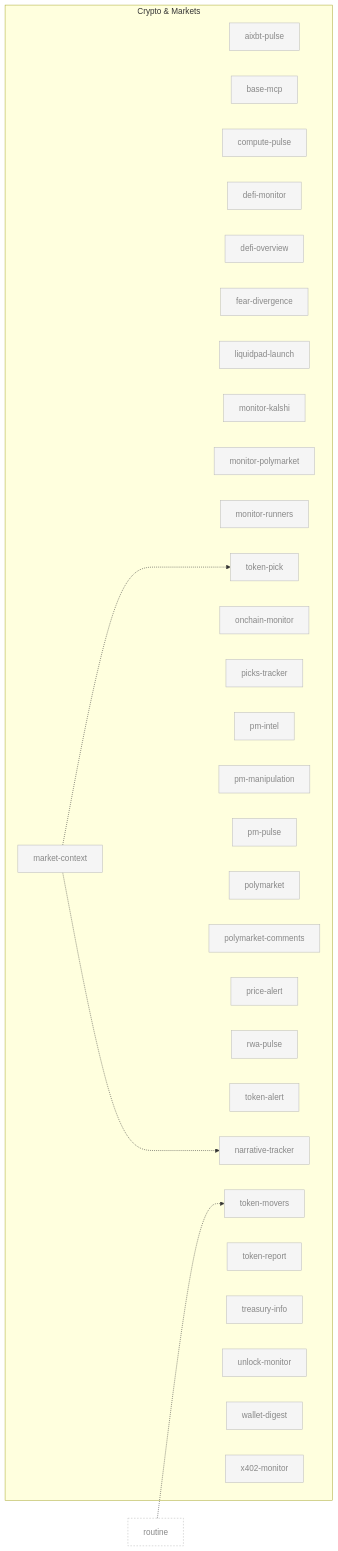
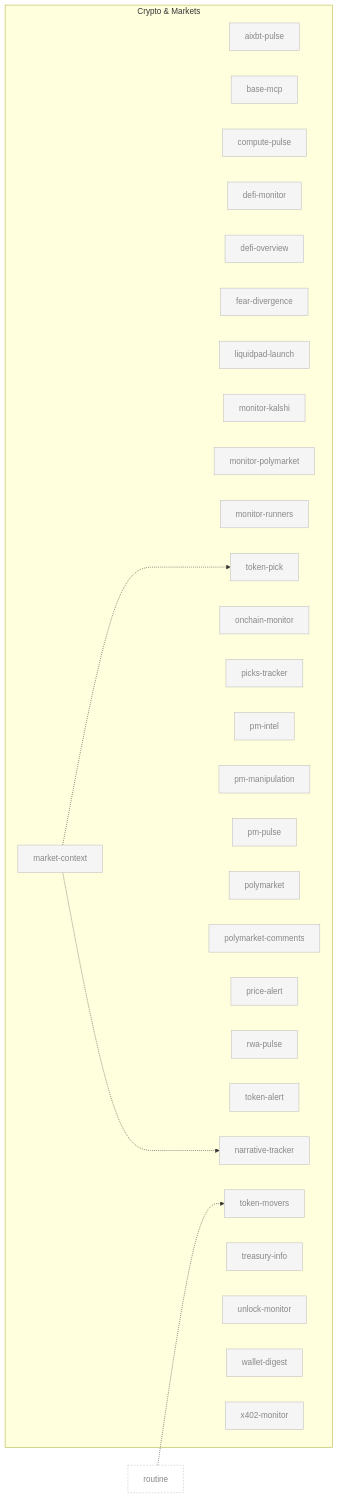
The sixth of 10 diagrams in docs/skill-graph.md (aeonfun/aeon), drawn with Mermaid before and after one commit. The commit also changed 8 other files, not shown here.

First line of the commit message:
chore: remove dangling references to the deleted token-report skill

````diff
--- a/docs/skill-graph.md
+++ b/docs/skill-graph.md
@@ -336,74 +336,72 @@
 ```mermaid
 flowchart LR
     subgraph crypto ["Crypto & Markets"]
         aixbt-pulse[aixbt-pulse]
         base-mcp[base-mcp]
         compute-pulse[compute-pulse]
         defi-monitor[defi-monitor]
         defi-overview[defi-overview]
         fear-divergence[fear-divergence]
         liquidpad-launch[liquidpad-launch]
         market-context[market-context]
         monitor-kalshi[monitor-kalshi]
         monitor-polymarket[monitor-polymarket]
         monitor-runners[monitor-runners]
         narrative-tracker[narrative-tracker]
         onchain-monitor[onchain-monitor]
         picks-tracker[picks-tracker]
         pm-intel[pm-intel]
         pm-manipulation[pm-manipulation]
         pm-pulse[pm-pulse]
         polymarket[polymarket]
         polymarket-comments[polymarket-comments]
         price-alert[price-alert]
         rwa-pulse[rwa-pulse]
         token-alert[token-alert]
         token-movers[token-movers]
         token-pick[token-pick]
-        token-report[token-report]
         treasury-info[treasury-info]
         unlock-monitor[unlock-monitor]
         wallet-digest[wallet-digest]
         x402-monitor[x402-monitor]
     end
 
     routine[routine]:::external
 
     routine -.-> token-movers
     market-context -..-> token-pick
     market-context -..-> narrative-tracker
 
     classDef default fill:#f5f5f5,stroke:#bbb,color:#888
     classDef enabled fill:#fff,stroke:#000,stroke-width:2px,color:#000
     classDef external fill:none,stroke:#bbb,stroke-dasharray:3 3,color:#888
     click aixbt-pulse "../skills/aixbt-pulse/SKILL.md"
     click base-mcp "../skills/base-mcp/SKILL.md"
     click compute-pulse "../skills/compute-pulse/SKILL.md"
     click defi-monitor "../skills/defi-monitor/SKILL.md"
     click defi-overview "../skills/defi-overview/SKILL.md"
     click fear-divergence "../skills/fear-divergence/SKILL.md"
     click liquidpad-launch "../skills/liquidpad-launch/SKILL.md"
     click market-context "../skills/market-context/SKILL.md"
     click monitor-kalshi "../skills/monitor-kalshi/SKILL.md"
     click monitor-polymarket "../skills/monitor-polymarket/SKILL.md"
     click monitor-runners "../skills/monitor-runners/SKILL.md"
     click narrative-tracker "../skills/narrative-tracker/SKILL.md"
     click onchain-monitor "../skills/onchain-monitor/SKILL.md"
     click picks-tracker "../skills/picks-tracker/SKILL.md"
     click pm-intel "../skills/pm-intel/SKILL.md"
     click pm-manipulation "../skills/pm-manipulation/SKILL.md"
     click pm-pulse "../skills/pm-pulse/SKILL.md"
     click polymarket "../skills/polymarket/SKILL.md"
     click polymarket-comments "../skills/polymarket-comments/SKILL.md"
     click price-alert "../skills/price-alert/SKILL.md"
     click rwa-pulse "../skills/rwa-pulse/SKILL.md"
     click token-alert "../skills/token-alert/SKILL.md"
     click token-movers "../skills/token-movers/SKILL.md"
     click token-pick "../skills/token-pick/SKILL.md"
-    click token-report "../skills/token-report/SKILL.md"
     click treasury-info "../skills/treasury-info/SKILL.md"
     click unlock-monitor "../skills/unlock-monitor/SKILL.md"
     click wallet-digest "../skills/wallet-digest/SKILL.md"
     click x402-monitor "../skills/x402-monitor/SKILL.md"
     click routine "../skills/routine/SKILL.md"
 ```
````
